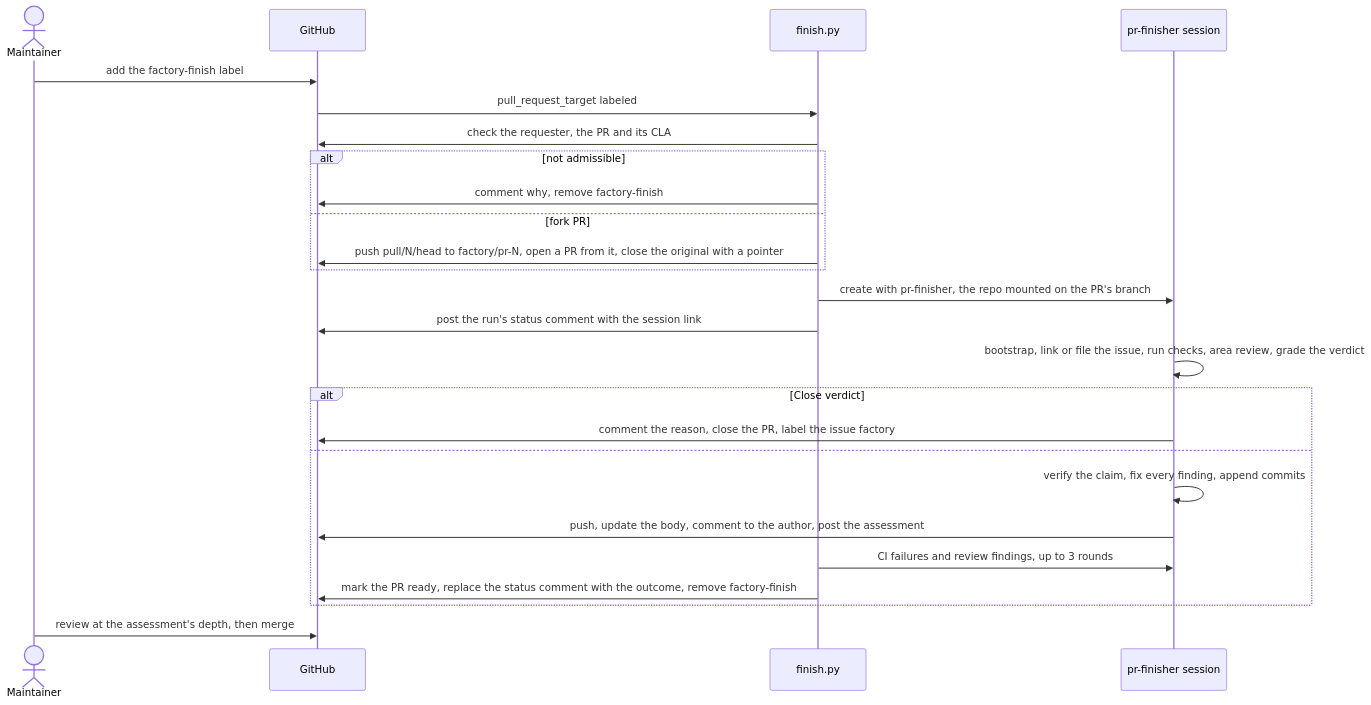
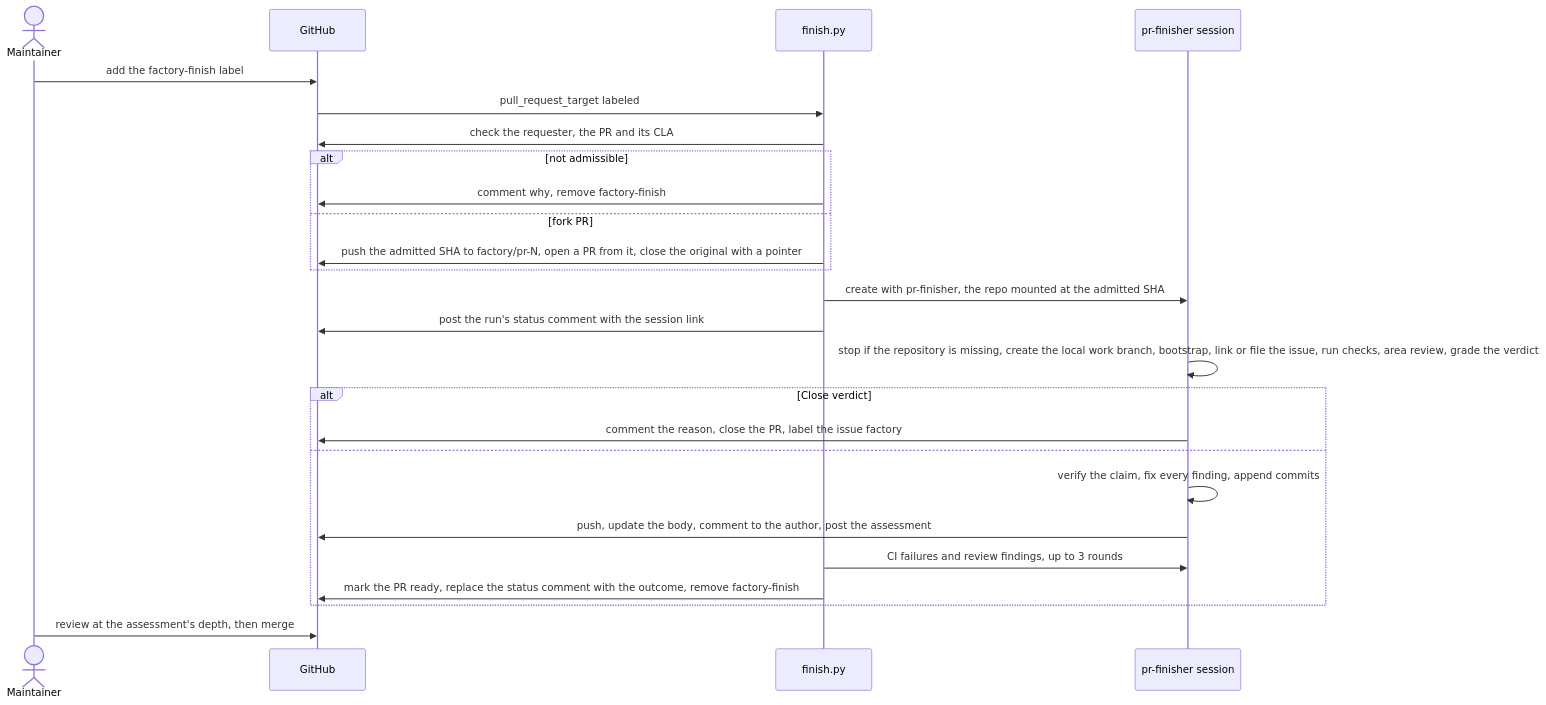
The fourth of 5 diagrams in factory/README.md (Arize-ai/phoenix), drawn with Mermaid before and after one commit. The commit also changed other lines of this file and 24 other files, not shown here.

````diff
--- a/factory/README.md
+++ b/factory/README.md
@@ -239,28 +254,28 @@
 ```mermaid
 sequenceDiagram
   actor maintainer as Maintainer
   participant github as GitHub
   participant finish as finish.py
   participant session as pr-finisher session
 
   maintainer->>github: add the factory-finish label
   github->>finish: pull_request_target labeled
   finish->>github: check the requester, the PR and its CLA
   alt not admissible
     finish->>github: comment why, remove factory-finish
   else fork PR
-    finish->>github: push pull/N/head to factory/pr-N, open a PR from it, close the original with a pointer
+    finish->>github: push the admitted SHA to factory/pr-N, open a PR from it, close the original with a pointer
   end
-  finish->>session: create with pr-finisher, the repo mounted on the PR's branch
+  finish->>session: create with pr-finisher, the repo mounted at the admitted SHA
   finish->>github: post the run's status comment with the session link
-  session->>session: bootstrap, link or file the issue, run checks, area review, grade the verdict
+  session->>session: stop if the repository is missing, create the local work branch, bootstrap, link or file the issue, run checks, area review, grade the verdict
   alt Close verdict
     session->>github: comment the reason, close the PR, label the issue factory
   else
     session->>session: verify the claim, fix every finding, append commits
     session->>github: push, update the body, comment to the author, post the assessment
     finish->>session: CI failures and review findings, up to 3 rounds
     finish->>github: mark the PR ready, replace the status comment with the outcome, remove factory-finish
   end
   maintainer->>github: review at the assessment's depth, then merge
 ```
````
